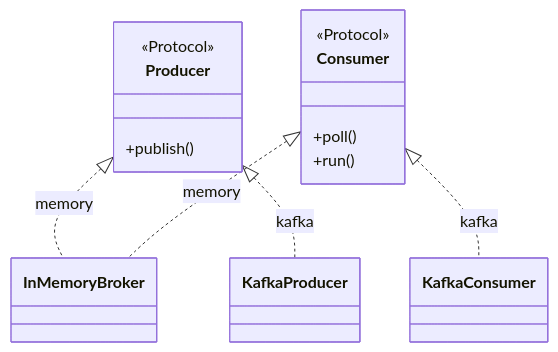
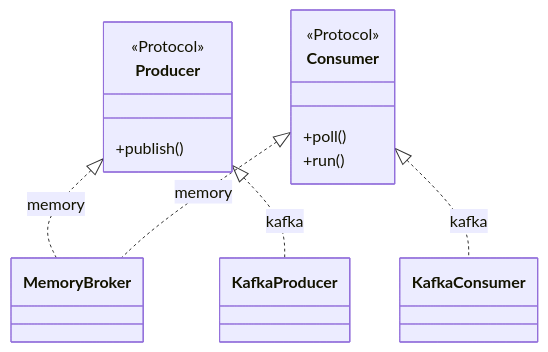
Before and after one commit to haskian/edax: the third of 3 diagrams in docs/backends/README.md, drawn with Mermaid. The commit also changed other lines of this file and 40 other files, not shown here.

First line of the commit message:
refactor: rename edax-adapters to edax-memory, InMemoryBroker to MemoryBroker, AdapterError to edax-core

````diff
--- a/docs/backends/README.md
+++ b/docs/backends/README.md
@@ -169,16 +169,16 @@
 ```mermaid
 classDiagram
     class Producer {
         <<Protocol>>
         +publish()
     }
     class Consumer {
         <<Protocol>>
         +poll()
         +run()
     }
-    Producer <|.. InMemoryBroker : memory
-    Consumer <|.. InMemoryBroker : memory
+    Producer <|.. MemoryBroker : memory
+    Consumer <|.. MemoryBroker : memory
     Producer <|.. KafkaProducer : kafka
     Consumer <|.. KafkaConsumer : kafka
 ```
````
